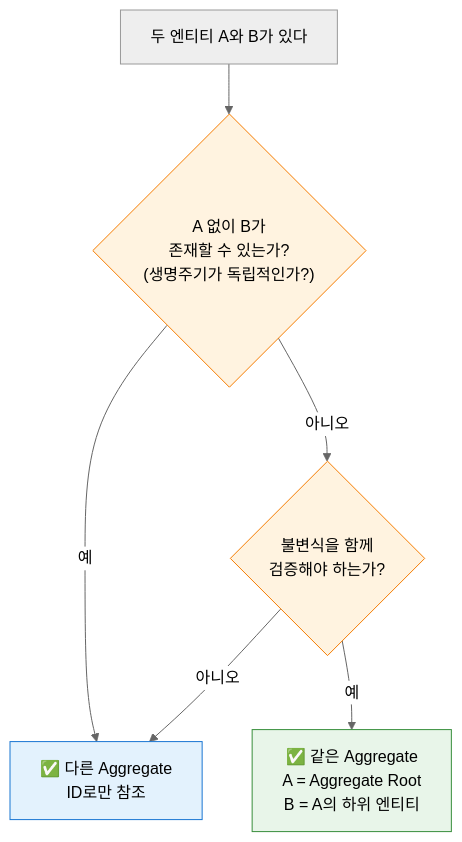
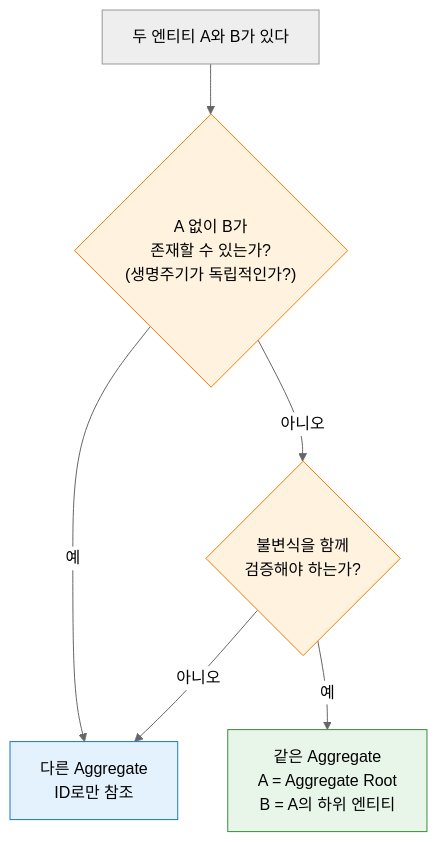
Before and after one commit to disj11/disj11.github.io: the fifth of 6 diagrams in content/posts/ddd-hexagonal-architecture-guide.md, drawn with Mermaid (neutral theme). The commit also changed other lines of this file and 25 other files, not shown here.

````diff
--- a/content/posts/ddd-hexagonal-architecture-guide.md
+++ b/content/posts/ddd-hexagonal-architecture-guide.md
@@ -613,15 +613,15 @@
 ```mermaid
 flowchart TD
     START["두 엔티티 A와 B가 있다"] --> Q1{"A 없이 B가<br/>존재할 수 있는가?<br/>(생명주기가 독립적인가?)"}
     
-    Q1 -->|예| SEPARATE["✅ 다른 Aggregate<br/>ID로만 참조"]
+    Q1 -->|예| SEPARATE["다른 Aggregate<br/>ID로만 참조"]
     Q1 -->|아니오| Q2{"불변식을 함께<br/>검증해야 하는가?"}
     
-    Q2 -->|예| SAME["✅ 같은 Aggregate<br/>A = Aggregate Root<br/>B = A의 하위 엔티티"]
+    Q2 -->|예| SAME["같은 Aggregate<br/>A = Aggregate Root<br/>B = A의 하위 엔티티"]
     Q2 -->|아니오| SEPARATE
     
     style SEPARATE fill:#e3f2fd,stroke:#1976d2
     style SAME fill:#e8f5e9,stroke:#388e3c
     style Q1 fill:#fff3e0,stroke:#f57c00
     style Q2 fill:#fff3e0,stroke:#f57c00
 ```
````
